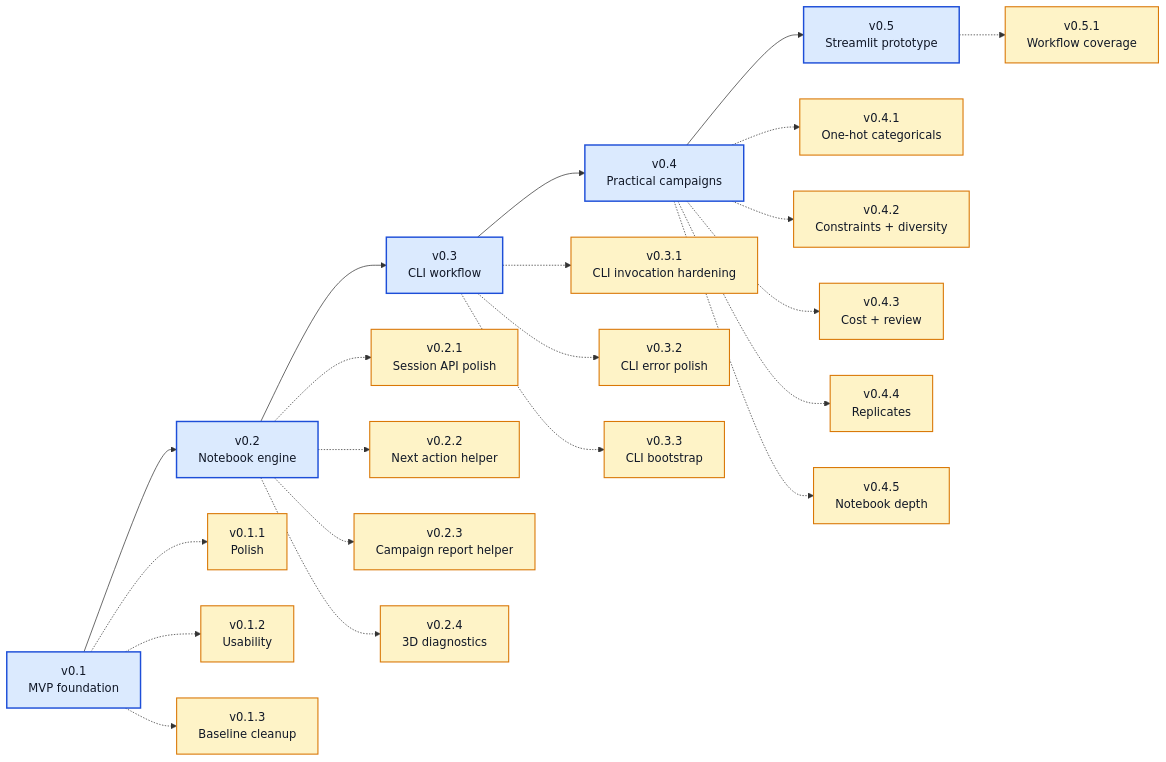
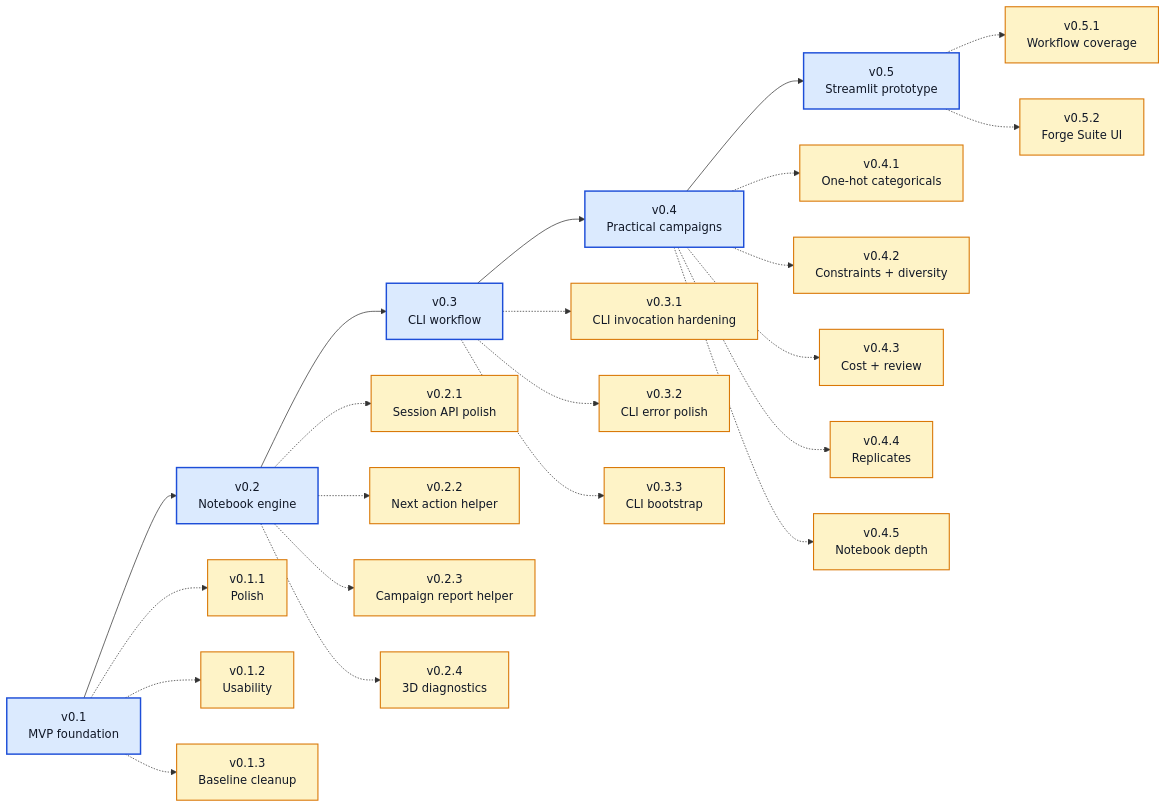
Before and after one commit to angzeli/bo-forge: the diagram in ROADMAP.md, drawn with Mermaid. The commit also changed other lines of this file and 12 other files, not shown here.

Commit message:
v0.5.2 update: forge-suite update

````diff
--- a/ROADMAP.md
+++ b/ROADMAP.md
@@ -7,46 +7,48 @@
 ```mermaid
 flowchart LR
     v01["v0.1<br/>MVP foundation"] --> v02["v0.2<br/>Notebook engine"] --> v03["v0.3<br/>CLI workflow"] --> v04["v0.4<br/>Practical campaigns"] --> v05["v0.5<br/>Streamlit prototype"]
 
     v011["v0.1.1<br/>Polish"]
     v012["v0.1.2<br/>Usability"]
     v013["v0.1.3<br/>Baseline cleanup"]
     v021["v0.2.1<br/>Session API polish"]
     v022["v0.2.2<br/>Next action helper"]
     v023["v0.2.3<br/>Campaign report helper"]
     v024["v0.2.4<br/>3D diagnostics"]
     v031["v0.3.1<br/>CLI invocation hardening"]
     v032["v0.3.2<br/>CLI error polish"]
     v033["v0.3.3<br/>CLI bootstrap"]
     v041["v0.4.1<br/>One-hot categoricals"]
     v042["v0.4.2<br/>Constraints + diversity"]
     v043["v0.4.3<br/>Cost + review"]
     v044["v0.4.4<br/>Replicates"]
     v045["v0.4.5<br/>Notebook depth"]
     v051["v0.5.1<br/>Workflow coverage"]
+    v052["v0.5.2<br/>Forge Suite UI"]
     
     v01 -.-> v011
     v01 -.-> v012
     v01 -.-> v013
     v02 -.-> v021
     v02 -.-> v022
     v02 -.-> v023
     v02 -.-> v024
     v03 -.-> v031
     v03 -.-> v032
     v03 -.-> v033
     v04 -.-> v041
     v04 -.-> v042
     v04 -.-> v043
     v04 -.-> v044
     v04 -.-> v045
     v05 -.-> v051
+    v05 -.-> v052
     
     class v01,v02,v03,v04,v05 majorDone
-    class v011,v012,v013,v021,v022,v023,v024,v031,v032,v033,v041,v042,v043,v044,v045,v051 patchDone
+    class v011,v012,v013,v021,v022,v023,v024,v031,v032,v033,v041,v042,v043,v044,v045,v051,v052 patchDone
 
     classDef majorDone fill:#dbeafe,stroke:#1d4ed8,stroke-width:2px,color:#111827;
     classDef majorNext fill:#dcfce7,stroke:#16a34a,stroke-width:2px,color:#111827;
     classDef majorFuture fill:#f3f4f6,stroke:#6b7280,stroke-width:2px,color:#111827;
     classDef patchDone fill:#fef3c7,stroke:#d97706,stroke-width:1.5px,color:#111827;
 ```
````
